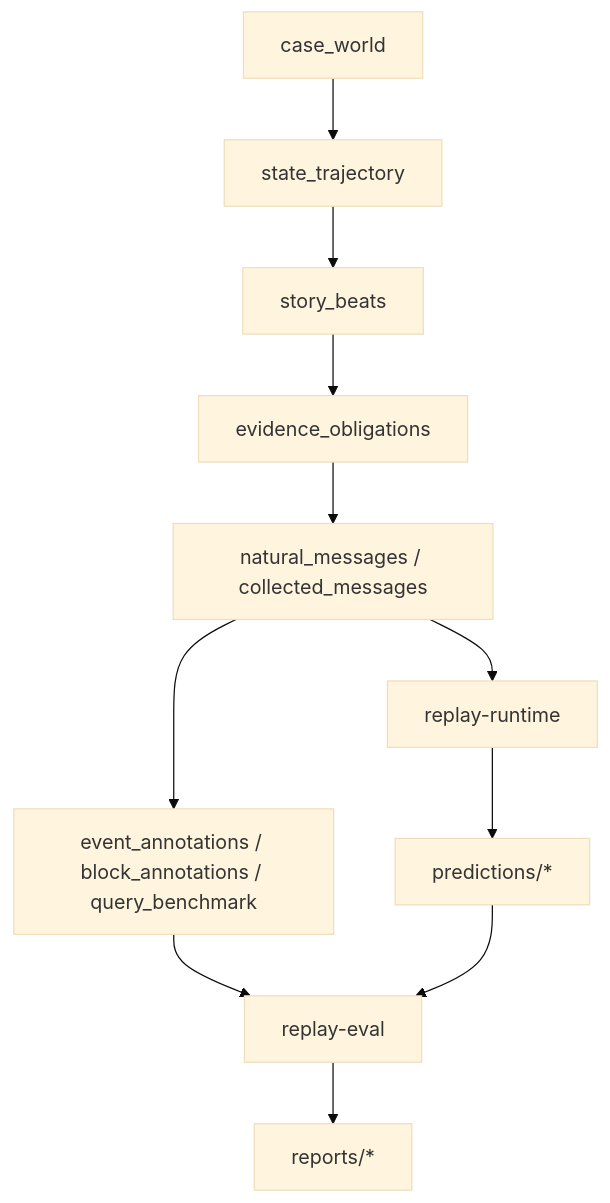
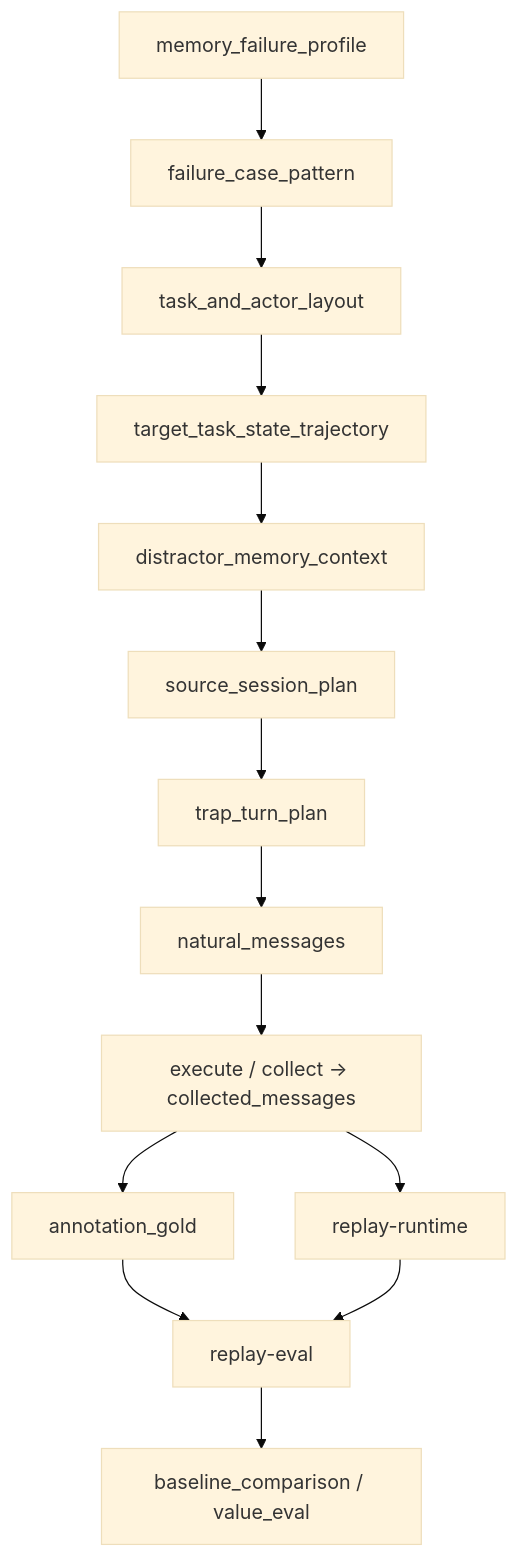
The diagram in amem_docs/design/第二阶段 wiki/2026-05-06-Task Wiki 评测与 Golden 设计.md (byseea11/openclaw), drawn with Mermaid (base theme) before and after one commit. The commit also changed other lines of this file and 271 other files, not shown here.

````diff
--- a/amem_docs/design/第二阶段 wiki/2026-05-06-Task Wiki 评测与 Golden 设计.md
+++ b/amem_docs/design/第二阶段 wiki/2026-05-06-Task Wiki 评测与 Golden 设计.md
@@ -143,13 +183,16 @@
 ```mermaid
 flowchart TD
-  A["case_world"] --> B["state_trajectory"]
-  B --> C["story_beats"]
-  C --> D["evidence_obligations"]
-  D --> E["natural_messages / collected_messages"]
-  E --> F["event_annotations / block_annotations / query_benchmark"]
-  E --> G["replay-runtime"]
-  G --> H["predictions/*"]
-  F --> I["replay-eval"]
-  H --> I["replay-eval"]
-  I --> J["reports/*"]
+  A["memory_failure_profile"] --> B["failure_case_pattern"]
+  B --> C["task_and_actor_layout"]
+  C --> D["target_task_state_trajectory"]
+  D --> E["distractor_memory_context"]
+  E --> F["source_session_plan"]
+  F --> G["trap_turn_plan"]
+  G --> H["natural_messages"]
+  H --> I["execute / collect -> collected_messages"]
+  I --> J["annotation_gold"]
+  I --> K["replay-runtime"]
+  J --> L["replay-eval"]
+  K --> L["replay-eval"]
+  L --> M["baseline_comparison / value_eval"]
 ```
````
